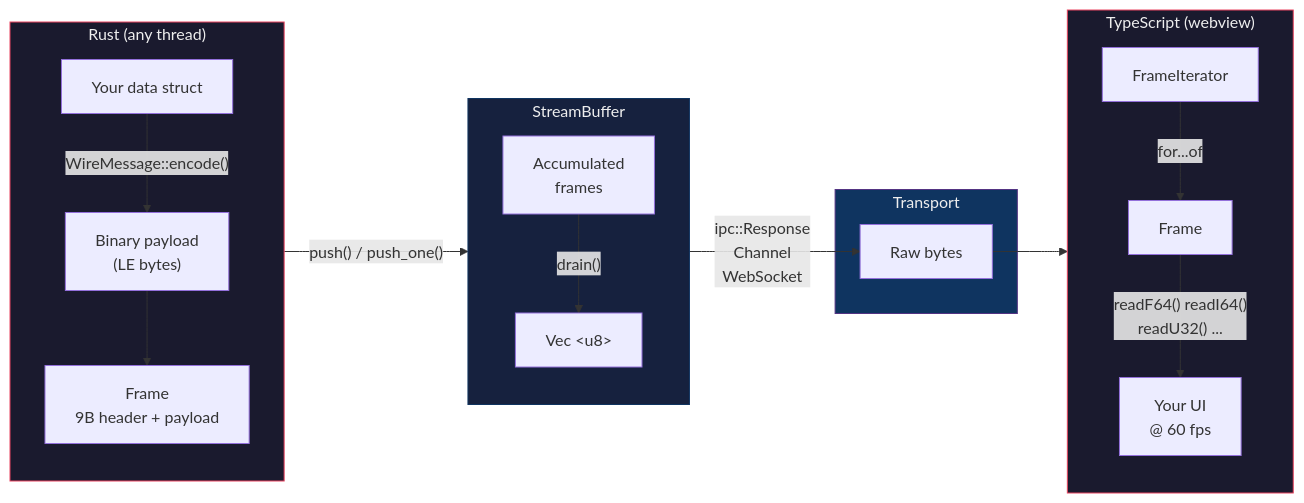
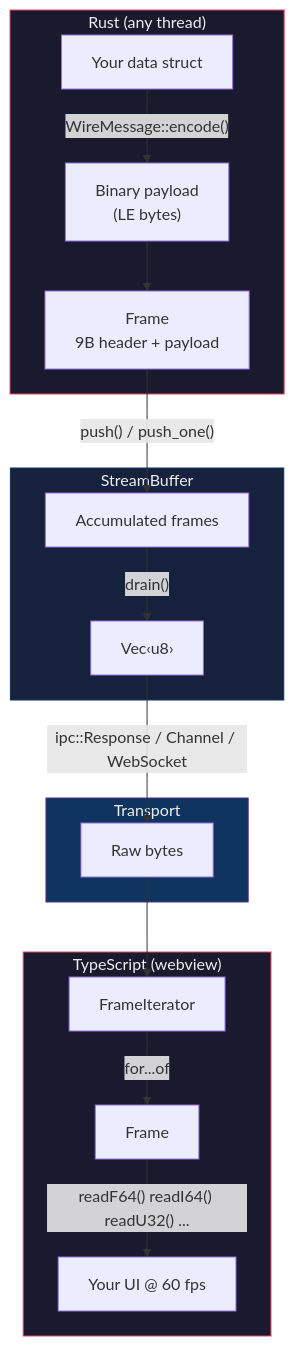
The first of 2 diagrams in README.md (gaby02/tauri-wire), drawn with Mermaid before and after one commit.

Commit message:
fix: make mermaid flowchart vertical and fix broken newline escapes
Switch flowchart from LR to TB for better readability, replace \n with
<br/> in node labels to fix literal backslash rendering.

````diff
--- a/README.md
+++ b/README.md
@@ -47,30 +47,27 @@
 ```mermaid
-flowchart LR
+flowchart TB
     subgraph Rust["Rust (any thread)"]
-        direction TB
-        A["Your data struct"] -->|"WireMessage::encode()"| B["Binary payload\n(LE bytes)"]
-        B --> C["Frame\n9B header + payload"]
+        A["Your data struct"] -->|"WireMessage::encode()"| B["Binary payload<br/>(LE bytes)"]
+        B --> C["Frame<br/>9B header + payload"]
     end
 
     subgraph Buffer["StreamBuffer"]
-        direction TB
-        C -->|"push() / push_one()"| D["Accumulated\nframes"]
-        D -->|"drain()"| E["Vec &lt;u8&gt;"]
+        C -->|"push() / push_one()"| D["Accumulated frames"]
+        D -->|"drain()"| E["Vec‹u8›"]
     end
 
     subgraph Transport["Transport"]
-        E -->|"ipc::Response\nChannel\nWebSocket"| F["Raw bytes"]
+        E -->|"ipc::Response / Channel / WebSocket"| F["Raw bytes"]
     end
 
     subgraph JS["TypeScript (webview)"]
-        direction TB
         F --> G["FrameIterator"]
         G -->|"for...of"| H["Frame"]
-        H -->|"readF64() readI64()\nreadU32() ..."| I["Your UI\n@ 60 fps"]
+        H -->|"readF64() readI64() readU32() ..."| I["Your UI @ 60 fps"]
     end
 
     style Rust fill:#1a1a2e,stroke:#e94560,color:#eee
     style Buffer fill:#16213e,stroke:#0f3460,color:#eee
     style Transport fill:#0f3460,stroke:#533483,color:#eee
     style JS fill:#1a1a2e,stroke:#e94560,color:#eee
 ```
````
